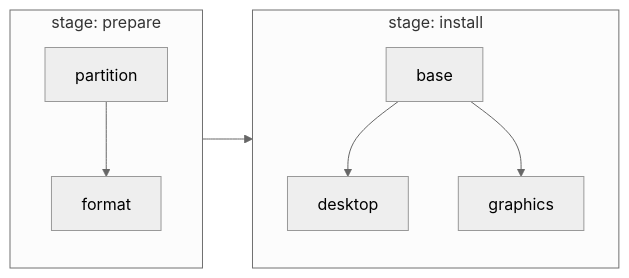
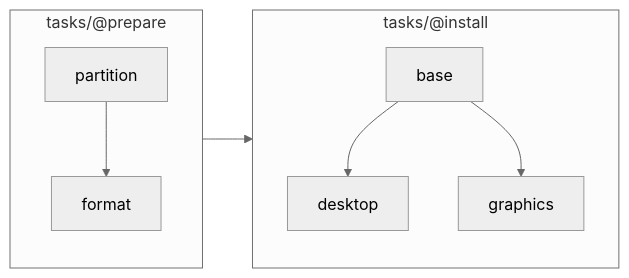
Before and after one commit to murkl/oak: the diagram in docs/REFERENCE.md, drawn with Mermaid (neutral theme). The commit also changed other lines of this file and 53 other files, not shown here.

Commit message:
Start at 0.1.0 instead of 1.0.0   Title the frame after the product, not the module   Open every run on a welcome page   Lay tasks out by stage folders and rename execute to script   Let a module say what opening it does   Rework the validation setting in the settings page

````diff
--- a/docs/REFERENCE.md
+++ b/docs/REFERENCE.md
@@ -237,13 +255,13 @@
 ```mermaid
 flowchart LR
-    subgraph A["stage: prepare"]
+    subgraph A["tasks/@prepare"]
         direction TB
         P["partition"] --> F["format"]
     end
-    subgraph B["stage: install"]
+    subgraph B["tasks/@install"]
         direction TB
         BS["base"] --> DE["desktop"]
         BS --> GR["graphics"]
     end
     A --> B
 ```
````
